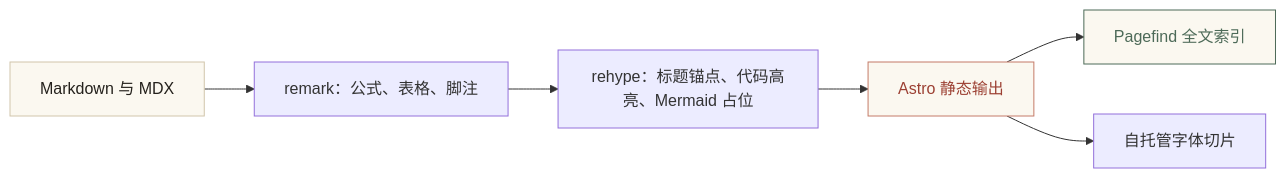
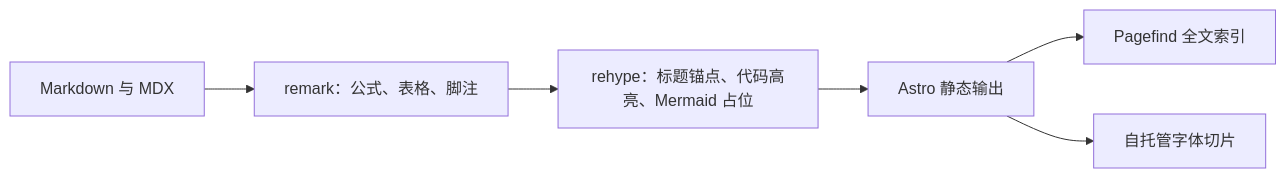
One commit to GHeillcoat/GHeillcoat.github.io changed the diagram in src/content/posts/from-a-sheet-of-xuan-paper.md. Above: the diagram before and after it, drawn with Mermaid. The commit also changed other lines of this file and 174 other files, not shown here.

````diff
--- a/src/content/posts/from-a-sheet-of-xuan-paper.md
+++ b/src/content/posts/from-a-sheet-of-xuan-paper.md
@@ -68,11 +68,8 @@
 ```mermaid
 flowchart LR
   A[Markdown 与 MDX] --> B[remark：公式、表格、脚注]
   B --> C[rehype：标题锚点、代码高亮、Mermaid 占位]
   C --> D[Astro 静态输出]
   D --> E[Pagefind 全文索引]
   D --> F[自托管字体切片]
-  style A fill:#fbf8f0,stroke:#d1c5ab,color:#24211c
-  style D fill:#fbf8f0,stroke:#c47b68,color:#9c4033
-  style E fill:#fbf8f0,stroke:#4d6a58,color:#4d6a58
 ```
````
